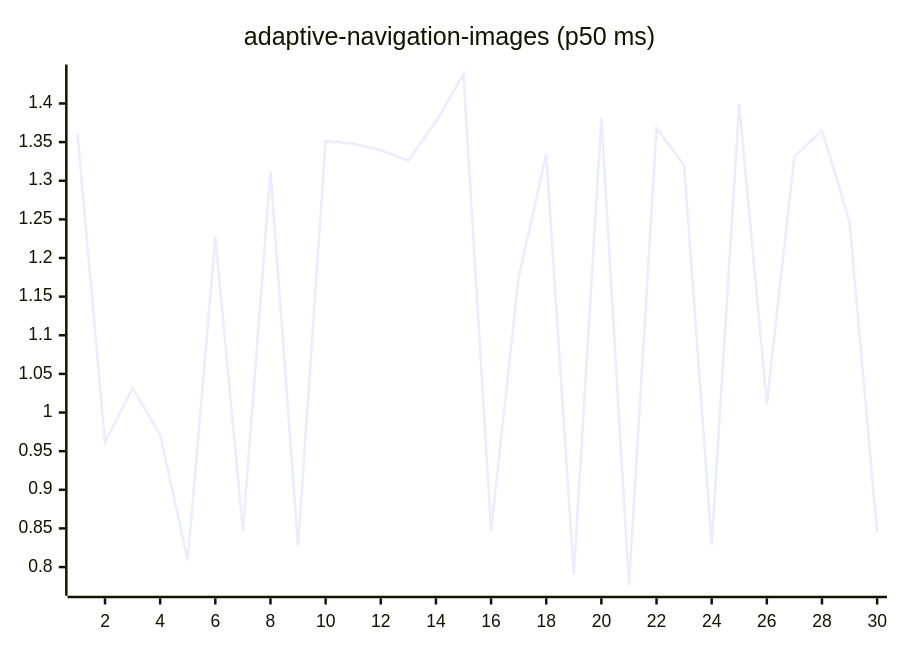
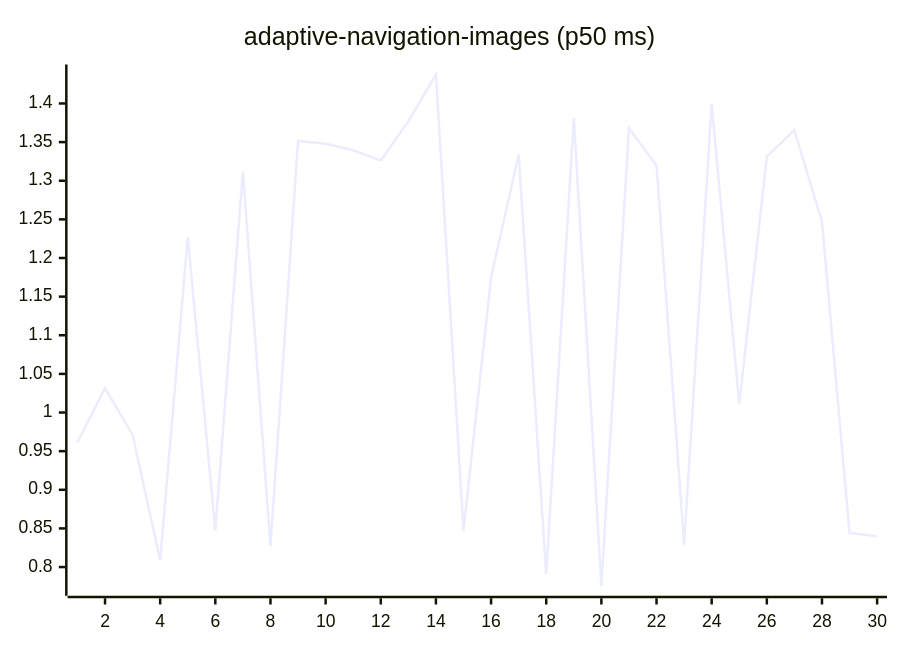
The first of 27 diagrams in README.md (josha/Facet), drawn with Mermaid before and after one commit. The commit also changed other lines of this file and 2 other files, not shown here.

````diff
--- a/README.md
+++ b/README.md
@@ -63,6 +63,6 @@
 ```mermaid
 xychart-beta
     title "adaptive-navigation-images (p50 ms)"
     x-axis 1 --> 30
-    line [1.3612, 0.9615, 1.0317, 0.9711, 0.8088, 1.2271, 0.8473, 1.3121, 0.8274, 1.3515, 1.3479, 1.3395, 1.3263, 1.3769, 1.4375, 0.8471, 1.1748, 1.3343, 0.7905, 1.3810, 0.7758, 1.3680, 1.3197, 0.8291, 1.3996, 1.0110, 1.3313, 1.3656, 1.2466, 0.8441]
+    line [0.9615, 1.0317, 0.9711, 0.8088, 1.2271, 0.8473, 1.3121, 0.8274, 1.3515, 1.3479, 1.3395, 1.3263, 1.3769, 1.4375, 0.8471, 1.1748, 1.3343, 0.7905, 1.3810, 0.7758, 1.3680, 1.3197, 0.8291, 1.3996, 1.0110, 1.3313, 1.3656, 1.2466, 0.8441, 0.8400]
 ```
````
